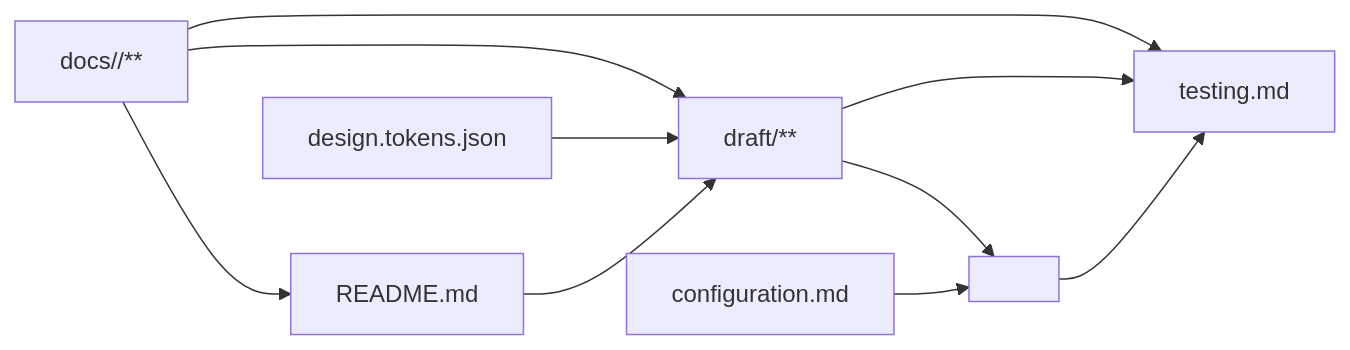
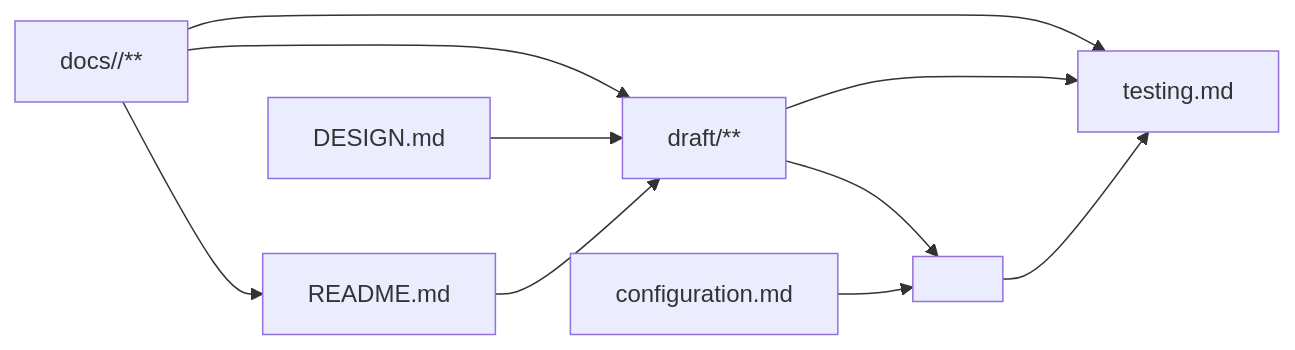
One commit to swainle/workflows changed the diagram in templates/frontend-design.template.md. Above: the diagram before and after it, drawn with Mermaid. The commit also changed other lines of this file and 4 other files, not shown here.

````diff
--- a/templates/frontend-design.template.md
+++ b/templates/frontend-design.template.md
@@ -30,12 +30,12 @@
 ```mermaid
 flowchart LR
   REQUIRE["docs/<req组件>/**"] --> README["README.md"]
   REQUIRE --> DRAFT["draft/**"]
-  TOKENS["design.tokens.json"] --> DRAFT
+  DESIGN["DESIGN.md"] --> DRAFT
   README --> DRAFT
   DRAFT --> DEV["<dev 组件>"]
   CONFIG["configuration.md"] --> DEV
   REQUIRE --> TESTING["testing.md"]
   DRAFT --> TESTING
   DEV --> TESTING
 ```
````
